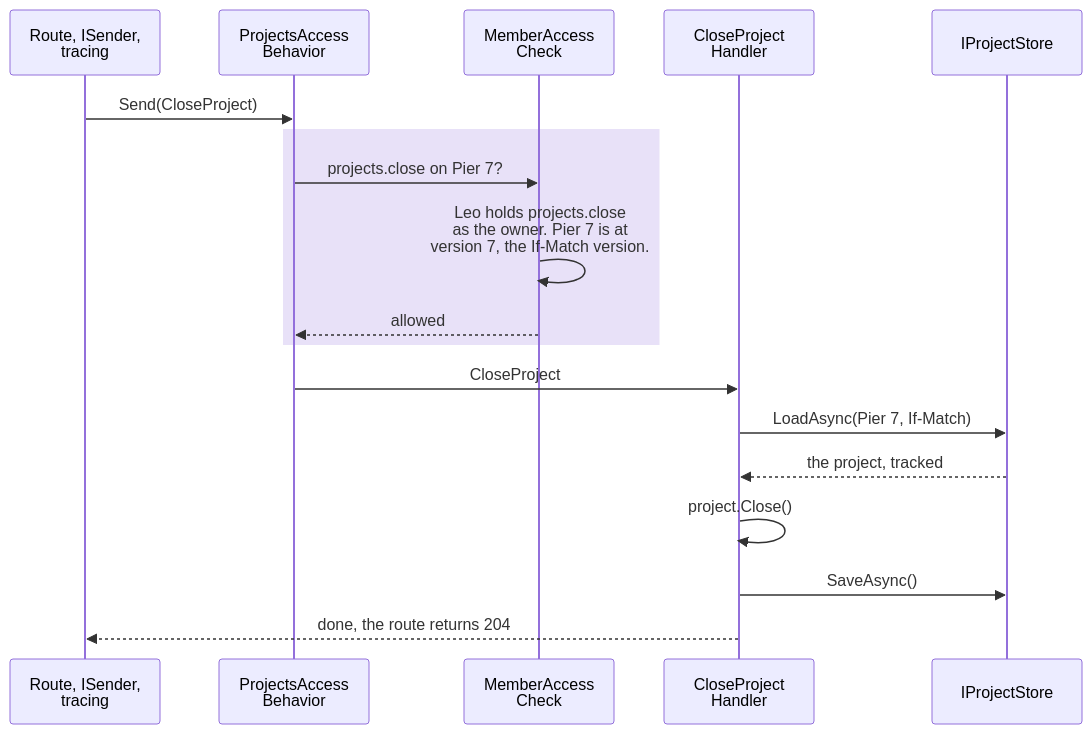
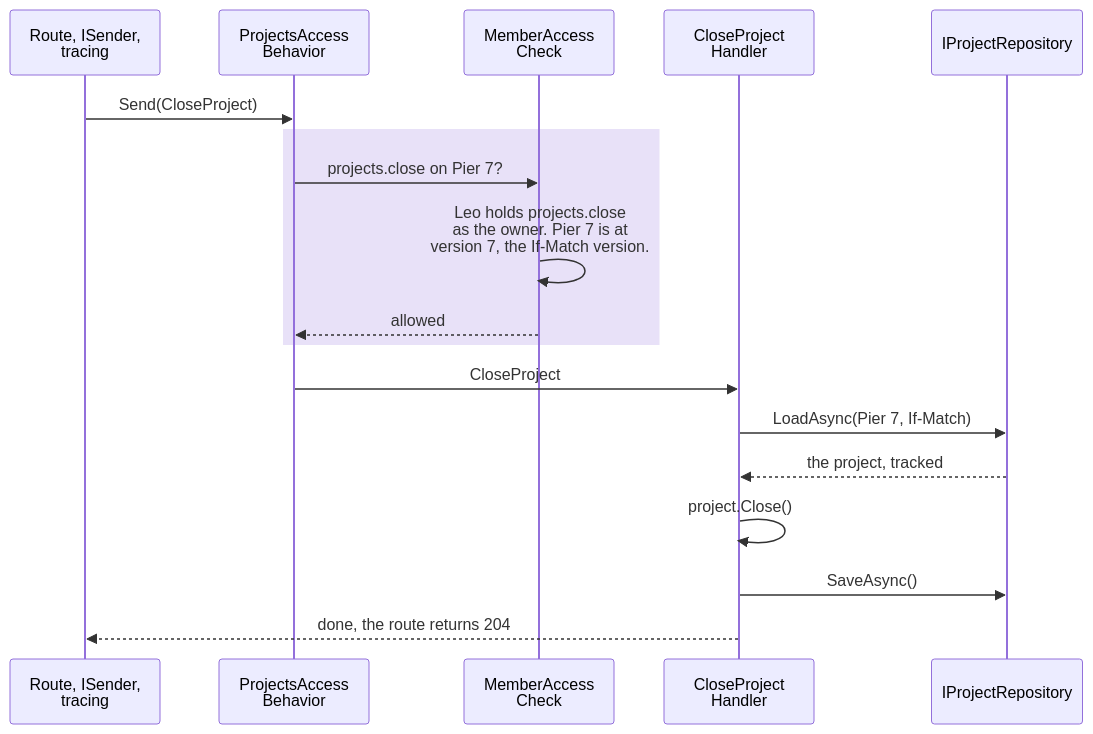
One commit to DylanSnel/DDDToolkit changed the first of 3 diagrams in docs/tenancy/sample/who-may-do-what.md. Above: the diagram before and after it, drawn with Mermaid. The commit also changed other lines of this file and 3 other files, not shown here.

Commit message:
Docs: the Tenancy sample's ports are repositories (IProjectRepository, IInspectionRepository)

````diff
--- a/docs/tenancy/sample/who-may-do-what.md
+++ b/docs/tenancy/sample/who-may-do-what.md
@@ -62,21 +62,21 @@
 ```mermaid
 sequenceDiagram
     participant Route as Route, ISender,<br/>tracing
     participant Behavior as ProjectsAccess<br/>Behavior
     participant Check as MemberAccess<br/>Check
     participant Handler as CloseProject<br/>Handler
-    participant Store as IProjectStore
+    participant Store as IProjectRepository
 
     Route->>Behavior: Send(CloseProject)
     rect rgba(91, 46, 201, 0.14)
         Behavior->>Check: projects.close on Pier 7?
         Check->>Check: Leo holds projects.close<br/>as the owner. Pier 7 is at<br/>version 7, the If-Match version.
         Check-->>Behavior: allowed
     end
     Behavior->>Handler: CloseProject
     Handler->>Store: LoadAsync(Pier 7, If-Match)
     Store-->>Handler: the project, tracked
     Handler->>Handler: project.Close()
     Handler->>Store: SaveAsync()
     Handler-->>Route: done, the route returns 204
 ```
````
